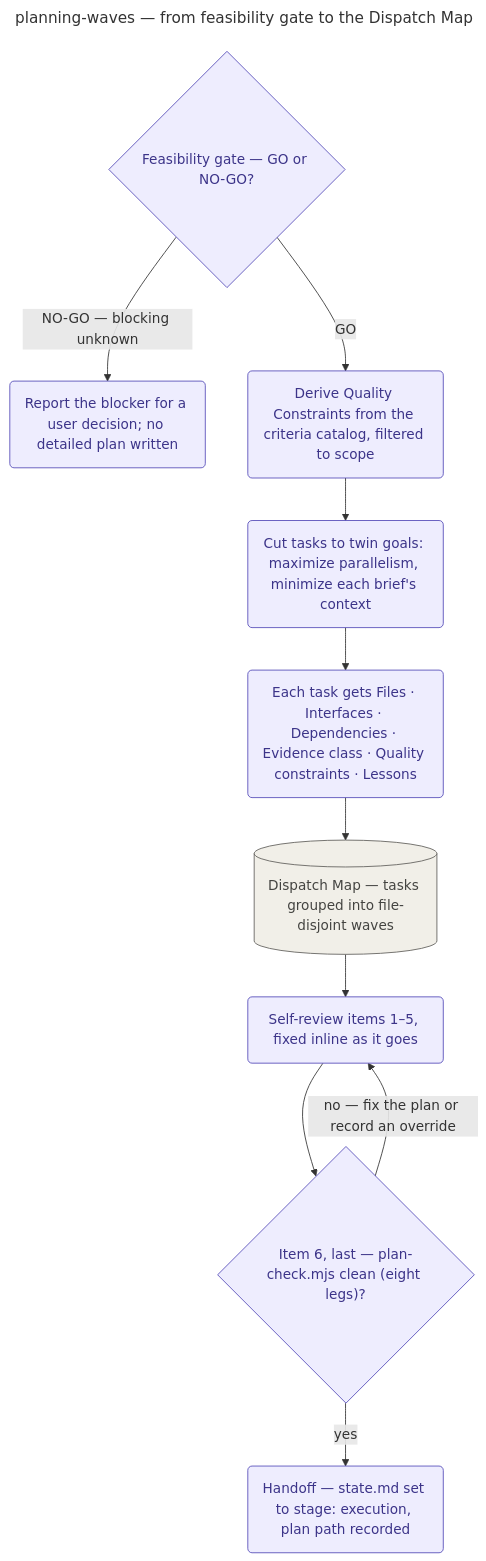
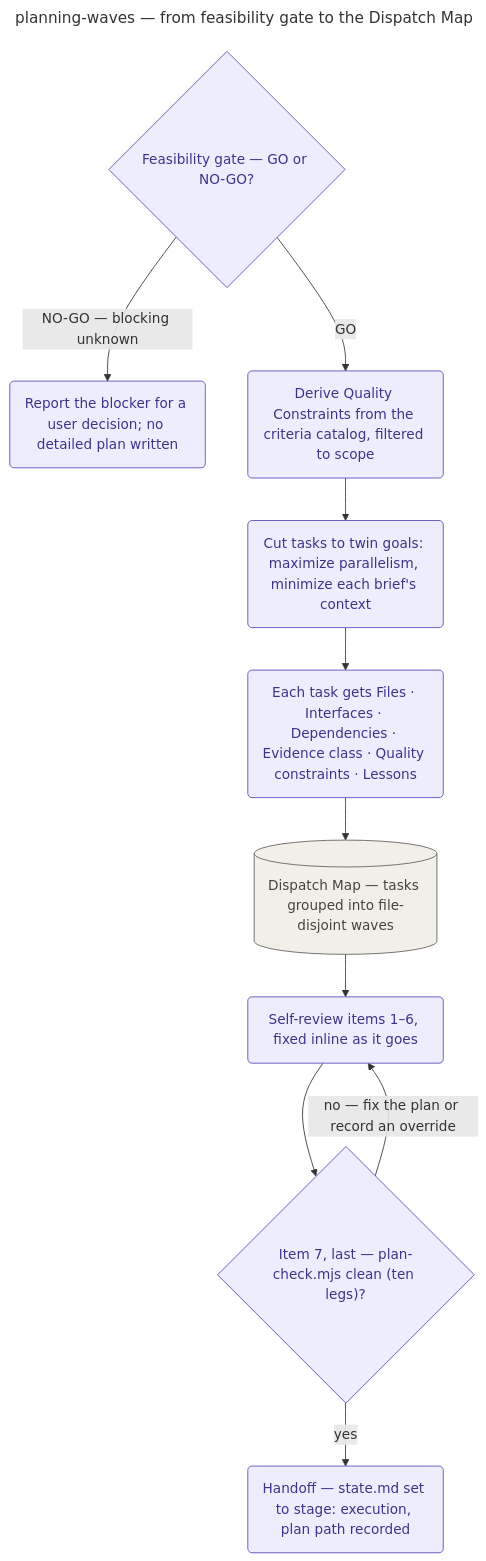
The diagram in docs/playbooks/planning-waves/README.md (KonstantinRoehrl/devcycle), drawn with Mermaid before and after one commit. The commit also changed other lines of this file and 2 other files, not shown here.

First line of the commit message:
docs(planning): describe contract-only plans, the per-draft gate and the edge checker in the human docs (#446, #448)

````diff
--- a/docs/playbooks/planning-waves/README.md
+++ b/docs/playbooks/planning-waves/README.md
@@ -98,21 +105,21 @@
 ```mermaid
 ---
 title: planning-waves — from feasibility gate to the Dispatch Map
-accDescr: Playbook-internal flowchart of the planning stage, from the feasibility gate's GO/NO-GO verdict through quality-constraint derivation, task cutting to the twin goals of parallelism and minimal context, the Dispatch Map, the six-item self-review ending in the plan gate, and the handoff to execution.
+accDescr: Playbook-internal flowchart of the planning stage, from the feasibility gate's GO/NO-GO verdict through quality-constraint derivation, task cutting to the twin goals of parallelism and minimal context, the Dispatch Map, the seven-item self-review ending in the plan gate, and the handoff to execution.
 ---
 flowchart TD
     FEAS{"Feasibility gate — GO or NO-GO?"}:::stage
     FEAS -->|"NO-GO — blocking unknown"| REPORT("Report the blocker for a user decision; no detailed plan written"):::stage
     FEAS -->|GO| QC("Derive Quality Constraints from the criteria catalog, filtered to scope"):::stage
     QC --> CUT("Cut tasks to twin goals: maximize parallelism, minimize each brief's context"):::stage
     CUT --> TASK("Each task gets Files · Interfaces · Dependencies · Evidence class · Quality constraints · Lessons"):::stage
     TASK --> MAP[("Dispatch Map — tasks grouped into file-disjoint waves")]:::structural
-    MAP --> SELFREVIEW("Self-review items 1–5, fixed inline as it goes"):::stage
-    SELFREVIEW --> GATE{"Item 6, last — plan-check.mjs clean (eight legs)?"}:::stage
+    MAP --> SELFREVIEW("Self-review items 1–6, fixed inline as it goes"):::stage
+    SELFREVIEW --> GATE{"Item 7, last — plan-check.mjs clean (ten legs)?"}:::stage
     GATE -->|"no — fix the plan or record an override"| SELFREVIEW
     GATE -->|yes| HANDOFF("Handoff — state.md set to stage: execution, plan path recorded"):::stage
 
     classDef stage fill:#EEEDFE,stroke:#534AB7,color:#3C3489;
     classDef tool fill:#E1F5EE,stroke:#0F6E56,color:#085041,stroke-dasharray:5 5;
     classDef structural fill:#F1EFE8,stroke:#5F5E5A,color:#444441;
 ```
````
